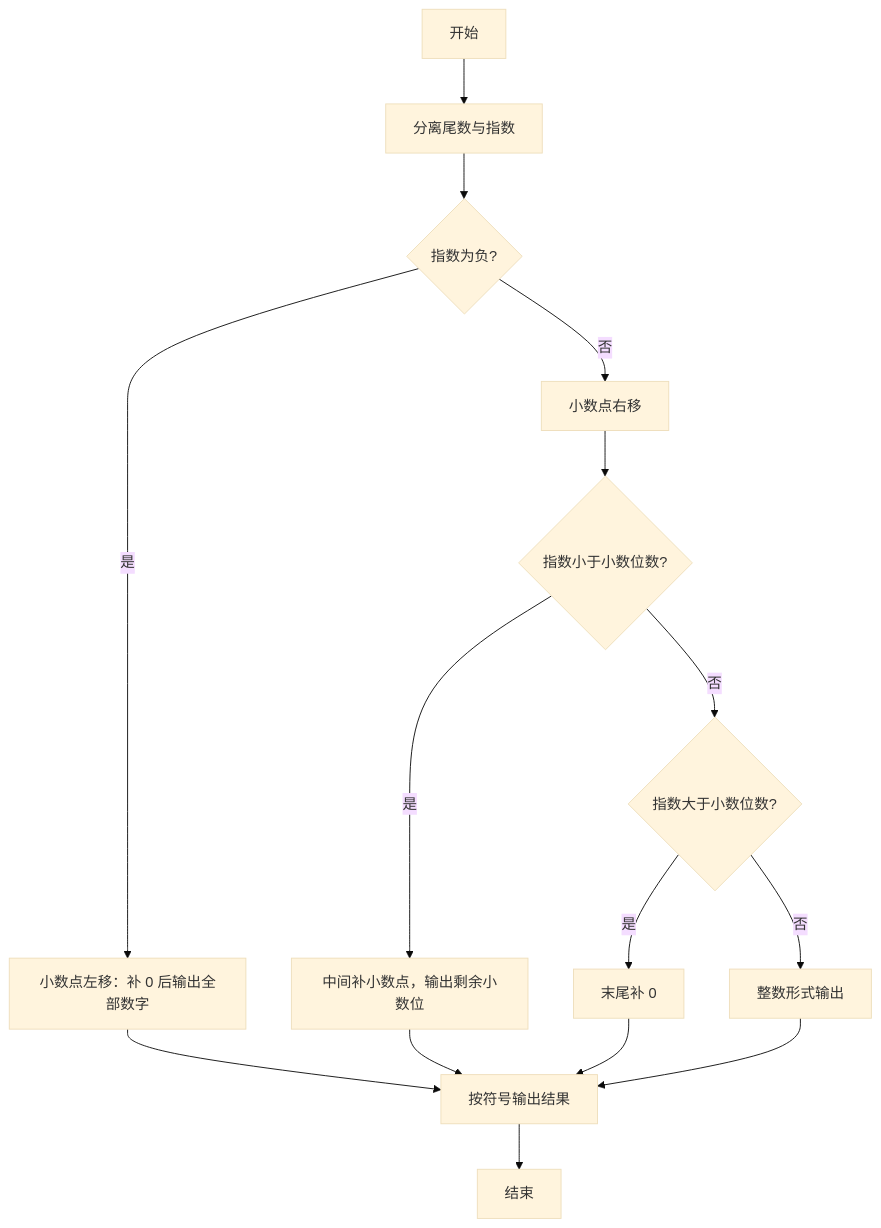
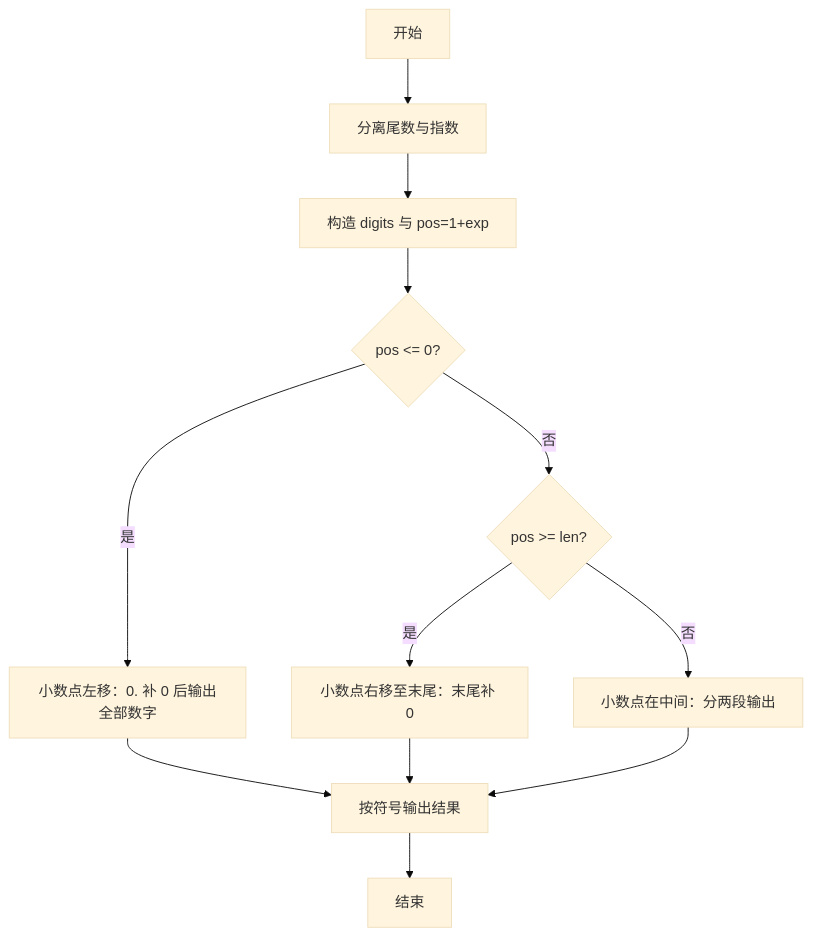
Before and after one commit to Zonkidd-Shao/pta_basic_level_practice: the second of 2 diagrams in PAT_Basic_Level_by_c/1024 科学计数法/题目详解.md, drawn with Mermaid (base theme). The commit also changed other lines of this file and 1487 other files, not shown here.

````diff
--- a/PAT_Basic_Level_by_c/1024 科学计数法/题目详解.md
+++ b/PAT_Basic_Level_by_c/1024 科学计数法/题目详解.md
@@ -43,17 +44,14 @@
 ```mermaid
 flowchart TD
     A["开始"] --> B["分离尾数与指数"]
-    B --> C{"指数为负?"}
-    C -- "是" --> D["小数点左移：补 0 后输出全部数字"]
-    C -- "否" --> E["小数点右移"]
-    E --> F{"指数小于小数位数?"}
-    F -- "是" --> G["中间补小数点，输出剩余小数位"]
-    F -- "否" --> H{"指数大于小数位数?"}
-    H -- "是" --> I["末尾补 0"]
-    H -- "否" --> J["整数形式输出"]
-    D --> K["按符号输出结果"]
-    G --> K
-    I --> K
-    J --> K
-    K --> L["结束"]
+    B --> C["构造 digits 与 pos=1+exp"]
+    C --> D{"pos <= 0?"}
+    D -- "是" --> E["小数点左移：0. 补 0 后输出全部数字"]
+    D -- "否" --> F{"pos >= len?"}
+    F -- "是" --> G["小数点右移至末尾：末尾补 0"]
+    F -- "否" --> H["小数点在中间：分两段输出"]
+    E --> I["按符号输出结果"]
+    G --> I
+    H --> I
+    I --> J["结束"]
 ```
````
